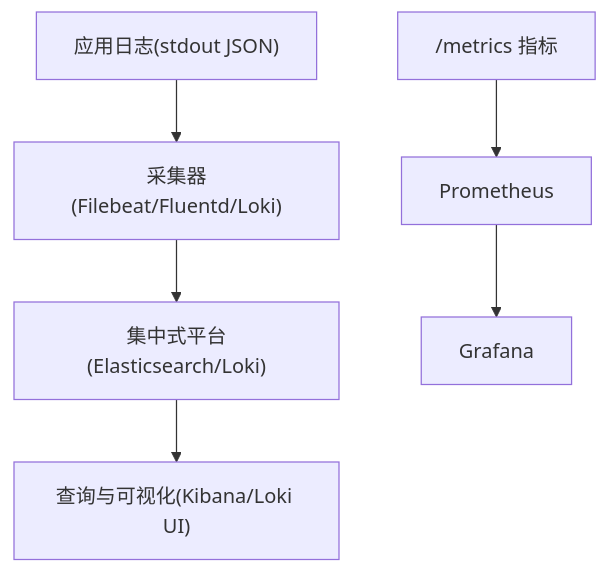
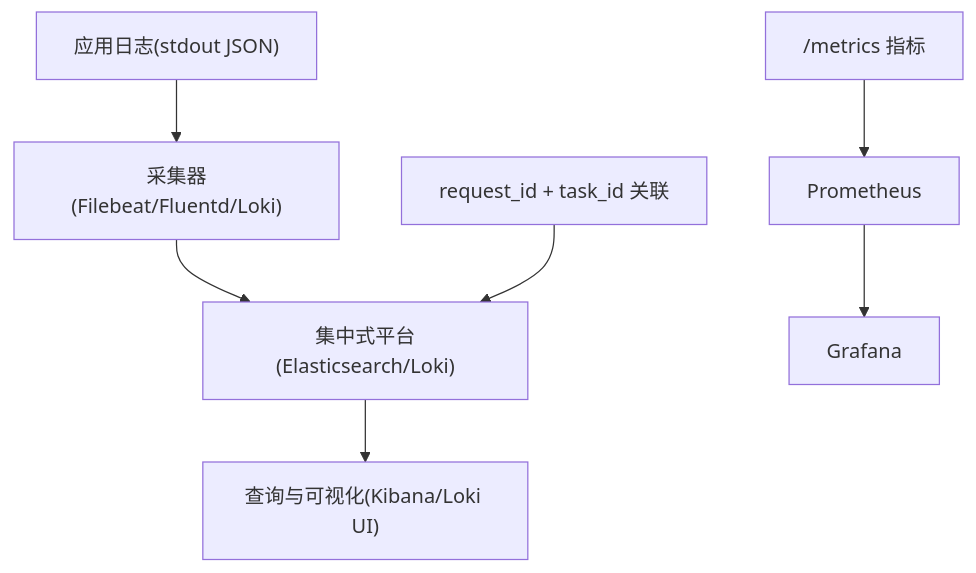
Before and after one commit to hlszp/CLPM-MVP: the sixth of 8 diagrams in .qoder/repowiki/zh/content/架构设计/部署架构设计/日志管理.md, drawn with Mermaid. The commit also changed other lines of this file and 207 other files, not shown here.

````diff
--- a/.qoder/repowiki/zh/content/架构设计/部署架构设计/日志管理.md
+++ b/.qoder/repowiki/zh/content/架构设计/部署架构设计/日志管理.md
@@ -194,8 +251,9 @@
 ```mermaid
 graph TB
 L["应用日志(stdout JSON)"] --> C["采集器(Filebeat/Fluentd/Loki)"]
 C --> P["集中式平台(Elasticsearch/Loki)"]
 P --> Q["查询与可视化(Kibana/Loki UI)"]
 M["/metrics 指标"] --> PR["Prometheus"]
 PR --> G["Grafana"]
+R["request_id + task_id 关联"] --> P
 ```
````
